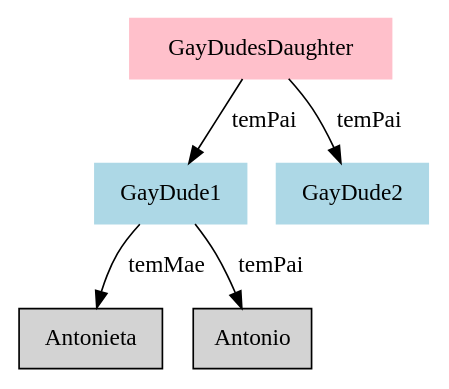
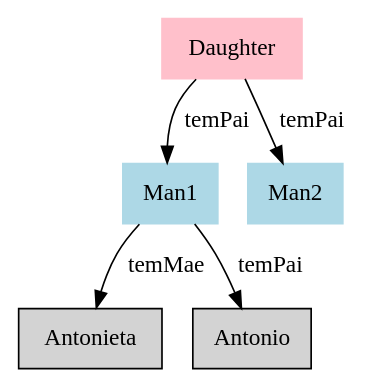
One commit to KillByteHD/PL-Project-2 changed the diagram in graphs/graph.gv. Above: the diagram before and after it, drawn with Graphviz. The commit also changed 10 other files, not shown here.

```diff
--- a/graphs/graph.gv
+++ b/graphs/graph.gv
@@ -1,11 +1,11 @@
 digraph Family
 {
     node [shape=box,style=filled];
-    GayDudesDaughter [color=pink];
-    GayDudesDaughter -> GayDude1 [label="temPai"];
-    GayDudesDaughter -> GayDude2 [label="temPai"];
-    GayDude2 [color=lightblue];
-    GayDude1 [color=lightblue];
-    GayDude1 -> Antonieta [label="temMae"];
-    GayDude1 -> Antonio [label="temPai"];
+    Daughter [color=pink];
+    Daughter -> Man1 [label="temPai"];
+    Daughter -> Man2 [label="temPai"];
+    Man2 [color=lightblue];
+    Man1 [color=lightblue];
+    Man1 -> Antonieta [label="temMae"];
+    Man1 -> Antonio [label="temPai"];
 }
```
